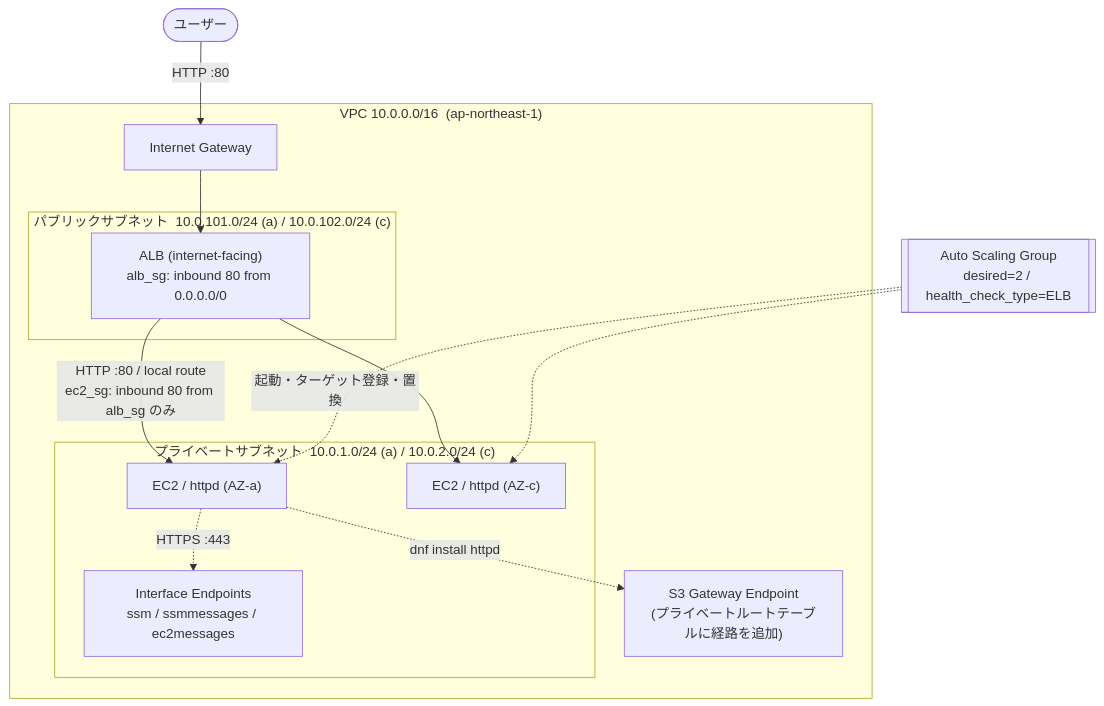
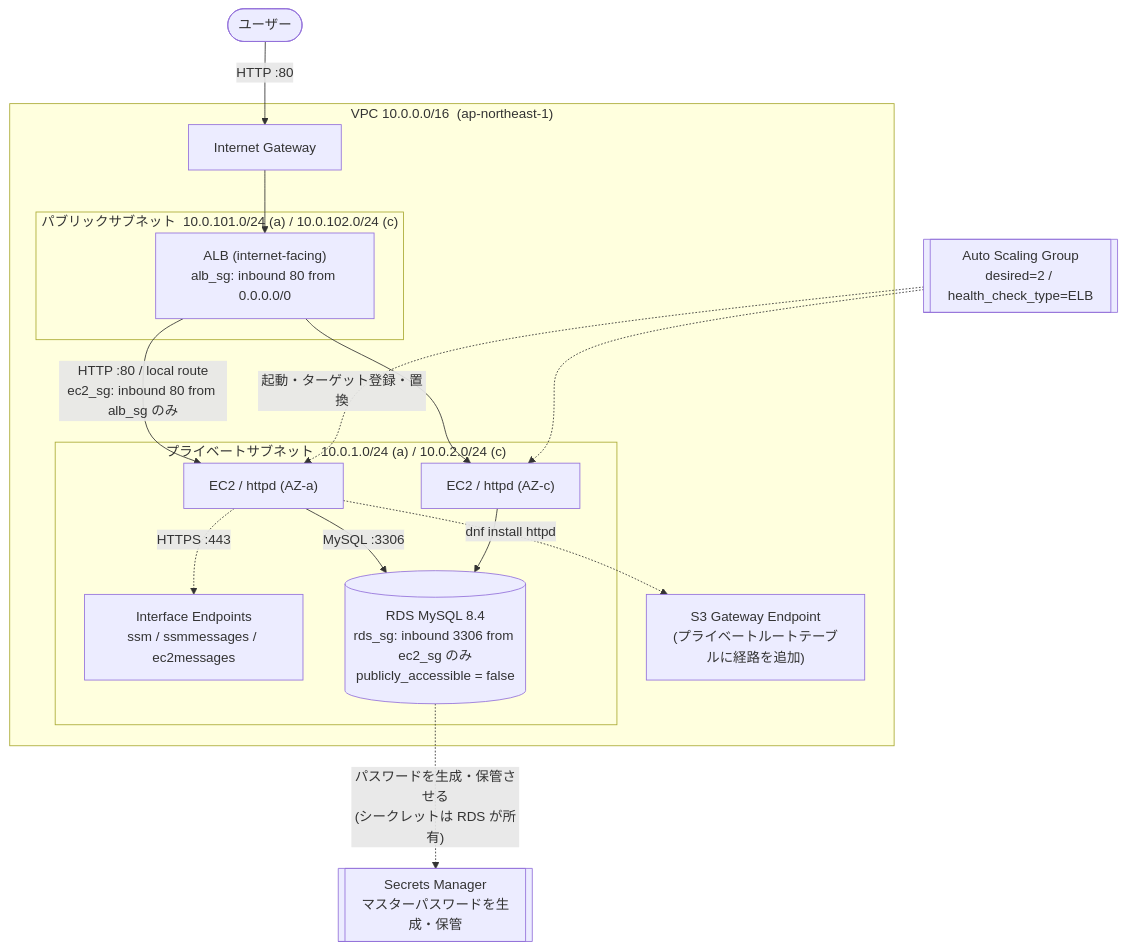
One commit to youzuogoukou-cloud/aws-3tier-web-terraform changed the diagram in README.md. Above: the diagram before and after it, drawn with Mermaid. The commit also changed other lines of this file and 1 other file, not shown here.

````diff
--- a/README.md
+++ b/README.md
@@ -12,30 +13,35 @@
 ```mermaid
 flowchart TB
     User([ユーザー])
 
     subgraph VPC["VPC 10.0.0.0/16 &nbsp;(ap-northeast-1)"]
         IGW[Internet Gateway]
 
         subgraph Public["パブリックサブネット &nbsp;10.0.101.0/24 (a) / 10.0.102.0/24 (c)"]
             ALB["ALB (internet-facing)<br/>alb_sg: inbound 80 from 0.0.0.0/0"]
         end
 
         subgraph Private["プライベートサブネット &nbsp;10.0.1.0/24 (a) / 10.0.2.0/24 (c)"]
             EC2A["EC2 / httpd&nbsp;(AZ-a)"]
             EC2C["EC2 / httpd&nbsp;(AZ-c)"]
             EPS["Interface Endpoints<br/>ssm / ssmmessages / ec2messages"]
+            RDS[("RDS MySQL 8.4<br/>rds_sg: inbound 3306 from ec2_sg のみ<br/>publicly_accessible = false")]
         end
 
         S3EP["S3 Gateway Endpoint<br/>(プライベートルートテーブルに経路を追加)"]
     end
 
     ASG[["Auto Scaling Group<br/>desired=2 / health_check_type=ELB"]]
+    SM[["Secrets Manager<br/>マスターパスワードを生成・保管"]]
 
     User -->|HTTP :80| IGW --> ALB
     ALB -->|"HTTP :80 / local route<br/>ec2_sg: inbound 80 from alb_sg のみ"| EC2A
     ALB --> EC2C
     ASG -.->|起動・ターゲット登録・置換| EC2A
     ASG -.-> EC2C
     EC2A -.->|HTTPS :443| EPS
     EC2A -.->|dnf install httpd| S3EP
+    EC2A -->|"MySQL :3306"| RDS
+    EC2C --> RDS
+    RDS -.->|"パスワードを生成・保管させる<br/>(シークレットは RDS が所有)"| SM
 ```
````
